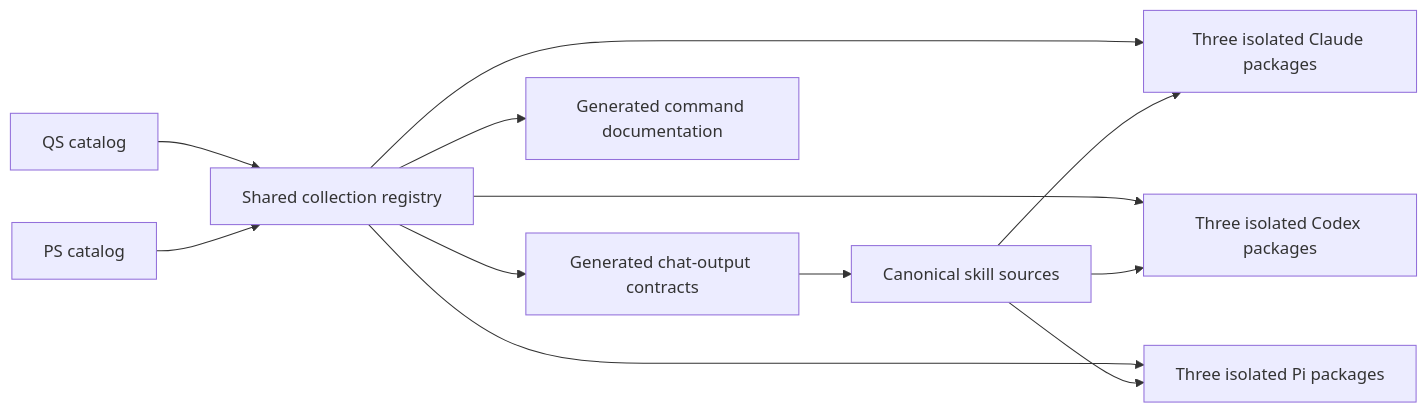
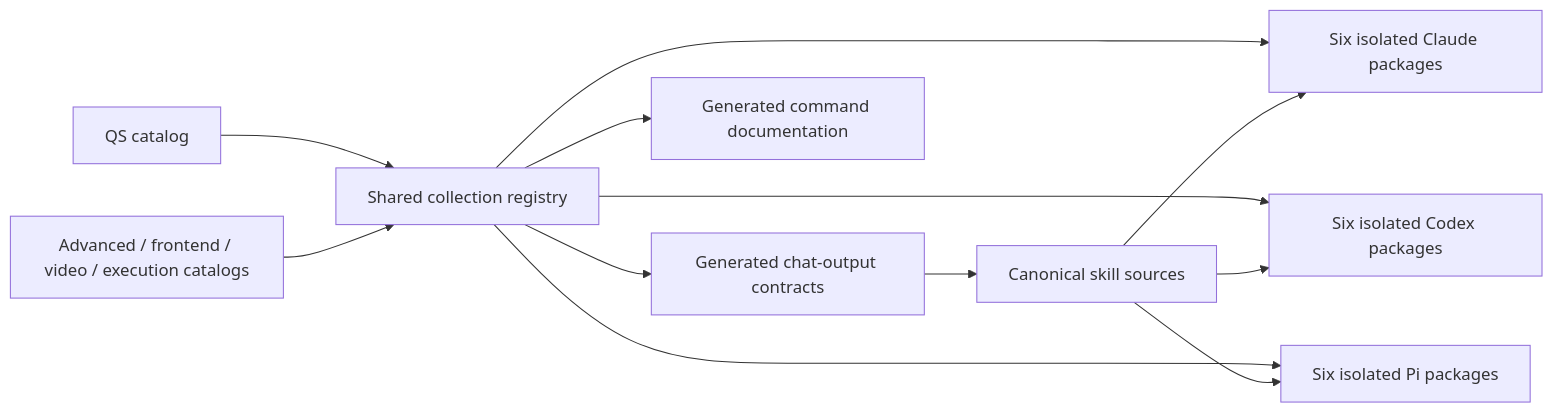
Before and after one commit to quickstark/skills: the diagram in docs/architecture.md, drawn with Mermaid. The commit also changed other lines of this file and 3201 other files, not shown here.

Commit message:
Activate reviewed QS optional packages with provenance and gated migration

````diff
--- a/docs/architecture.md
+++ b/docs/architecture.md
@@ -7,14 +7,14 @@
 ```mermaid
 flowchart LR
     qs["QS catalog"] --> registry["Shared collection registry"]
-    ps["PS catalog"] --> registry
+    optional["Advanced / frontend / video / execution catalogs"] --> registry
     registry --> contracts["Generated chat-output contracts"]
     registry --> docs["Generated command documentation"]
-    registry --> claude["Three isolated Claude packages"]
-    registry --> codex["Three isolated Codex packages"]
-    registry --> pi["Three isolated Pi packages"]
+    registry --> claude["Six isolated Claude packages"]
+    registry --> codex["Six isolated Codex packages"]
+    registry --> pi["Six isolated Pi packages"]
     contracts --> sources["Canonical skill sources"]
     sources --> claude
     sources --> codex
     sources --> pi
 ```
````
